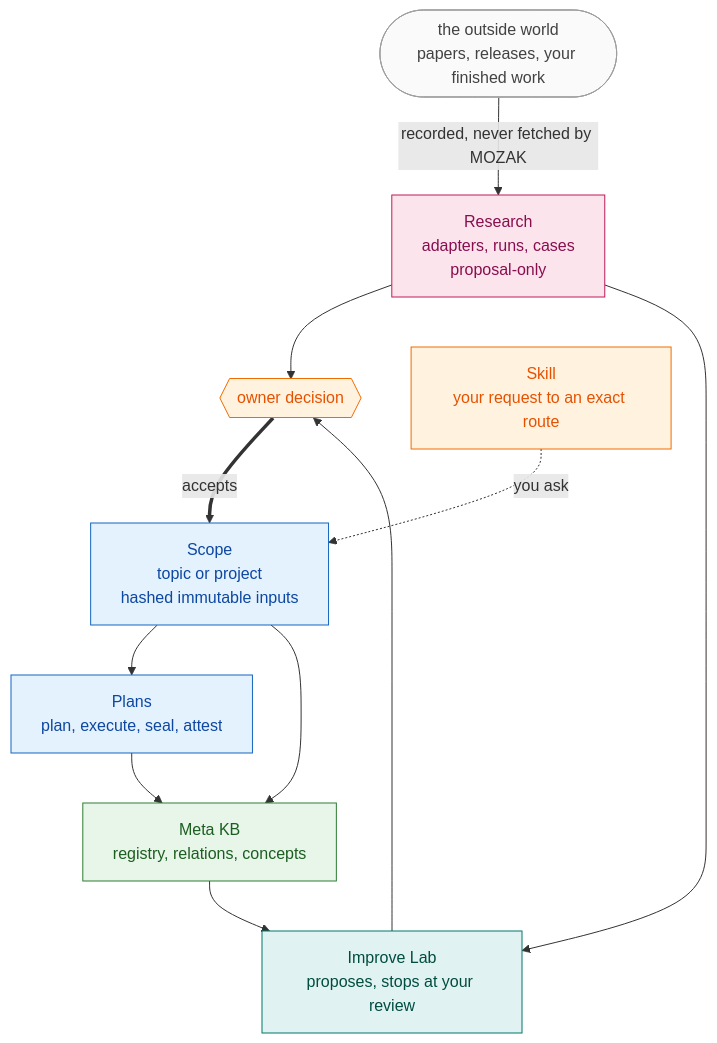
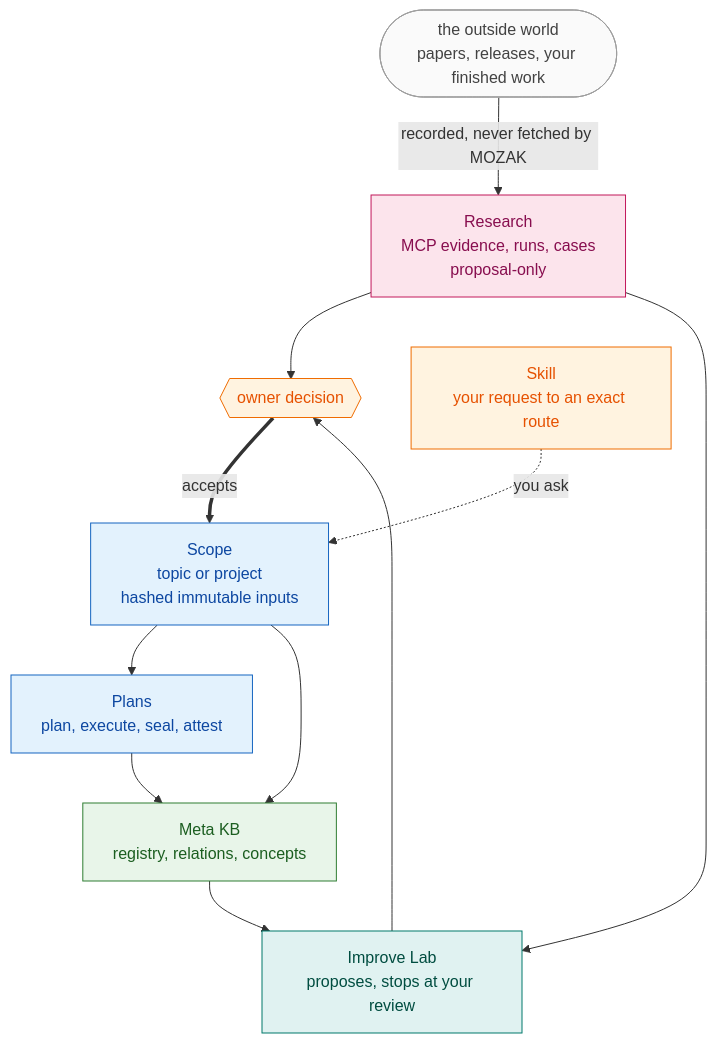
Before and after one commit to pitfa19/mozak: the diagram in docs/ARCHITECTURE.md, drawn with Mermaid. The commit also changed 5 other files, not shown here.

Commit message:
docs: align current research and Lab diagrams with MCP-only workflows

````diff
--- a/docs/ARCHITECTURE.md
+++ b/docs/ARCHITECTURE.md
@@ -137,37 +137,37 @@
 ```mermaid
 flowchart TB
     outside(["the outside world<br/>papers, releases, your finished work"])
     owner{{"owner decision"}}
 
-    research["Research<br/>adapters, runs, cases<br/>proposal-only"]
+    research["Research<br/>MCP evidence, runs, cases<br/>proposal-only"]
     scope["Scope<br/>topic or project<br/>hashed immutable inputs"]
     plans["Plans<br/>plan, execute, seal, attest"]
     metakb["Meta KB<br/>registry, relations, concepts"]
     lab["Improve Lab<br/>proposes, stops at your review"]
     skill["Skill<br/>your request to an exact route"]
 
     outside -->|recorded, never fetched by MOZAK| research
     research --> owner
     lab --> owner
     owner ==>|accepts| scope
     scope --> plans
     scope --> metakb
     plans --> metakb
     metakb --> lab
     research --> lab
     skill -.->|you ask| scope
 
     classDef outD fill:#fafafa,stroke:#9e9e9e,color:#424242
     classDef eviD fill:#fce4ec,stroke:#c2185b,color:#880e4f
     classDef labD fill:#e0f2f1,stroke:#00796b,color:#004d40
     classDef gate fill:#fff3e0,stroke:#ef6c00,color:#e65100
     classDef core fill:#e3f2fd,stroke:#1565c0,color:#0d47a1
     classDef knowD fill:#e8f5e9,stroke:#2e7d32,color:#1b5e20
 
     class outside outD
     class research eviD
     class lab labD
     class owner,skill gate
     class scope,plans core
     class metakb knowD
 ```
````
